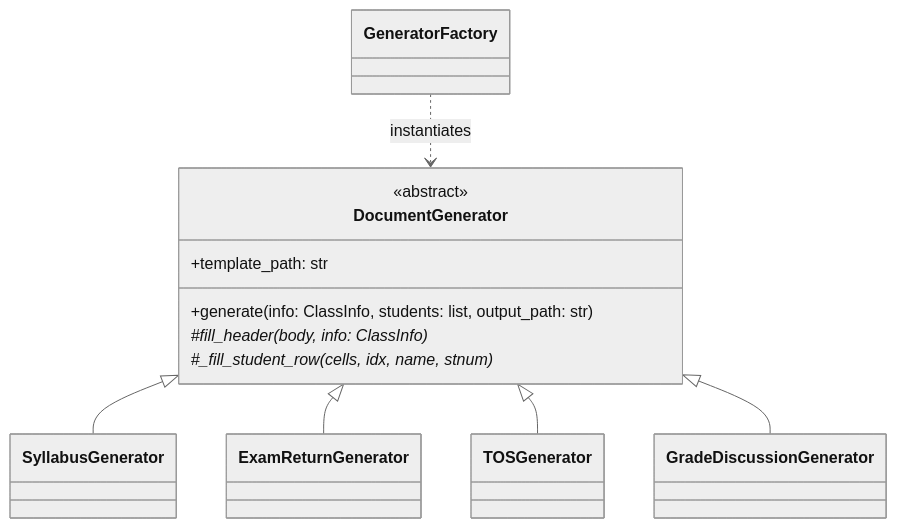
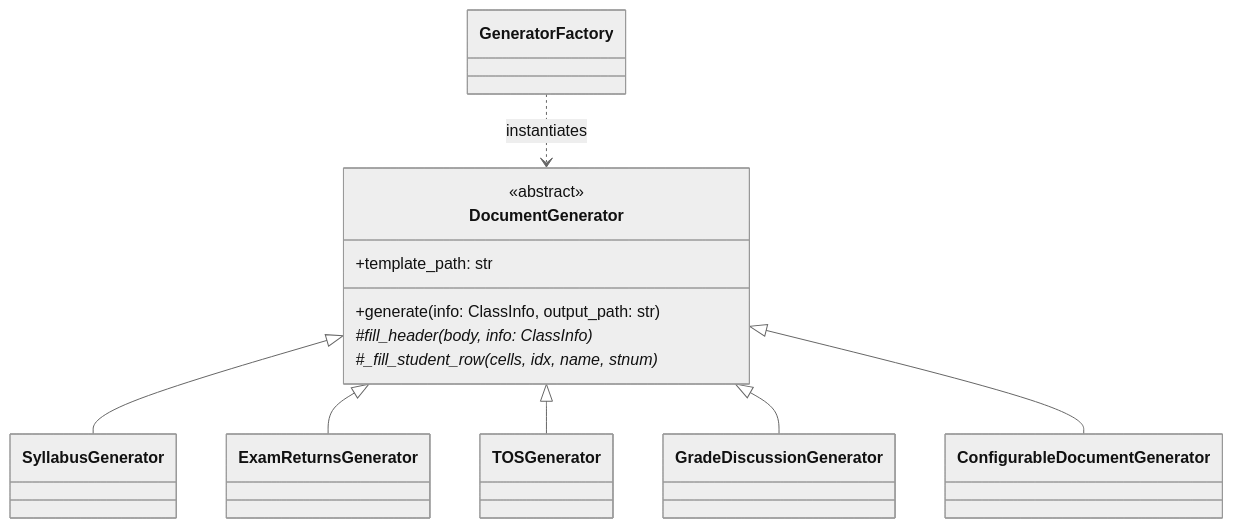
The diagram in 02 - Generators/CEIT Generator.md (DrinkBoooz/cvsu-generator_documentation), drawn with Mermaid (neutral theme) before and after one commit. The commit also changed other lines of this file and 18 other files, not shown here.

Commit message:
3: map current application architecture, generators, templates, user guides, and perform hig audit

````diff
--- a/02 - Generators/CEIT Generator.md
+++ b/02 - Generators/CEIT Generator.md
@@ -30,22 +30,24 @@
 ```mermaid
 classDiagram
     class DocumentGenerator {
         <<abstract>>
         +template_path: str
-        +generate(info: ClassInfo, students: list, output_path: str)
+        +generate(info: ClassInfo, output_path: str)
         #fill_header(body, info: ClassInfo)*
         #_fill_student_row(cells, idx, name, stnum)*
     }
 
     class SyllabusGenerator
-    class ExamReturnGenerator
+    class ExamReturnsGenerator
     class TOSGenerator
     class GradeDiscussionGenerator
+    class ConfigurableDocumentGenerator
     class GeneratorFactory
 
     DocumentGenerator <|-- SyllabusGenerator
-    DocumentGenerator <|-- ExamReturnGenerator
+    DocumentGenerator <|-- ExamReturnsGenerator
     DocumentGenerator <|-- TOSGenerator
     DocumentGenerator <|-- GradeDiscussionGenerator
+    DocumentGenerator <|-- ConfigurableDocumentGenerator
     GeneratorFactory ..> DocumentGenerator : instantiates
 ```
````
